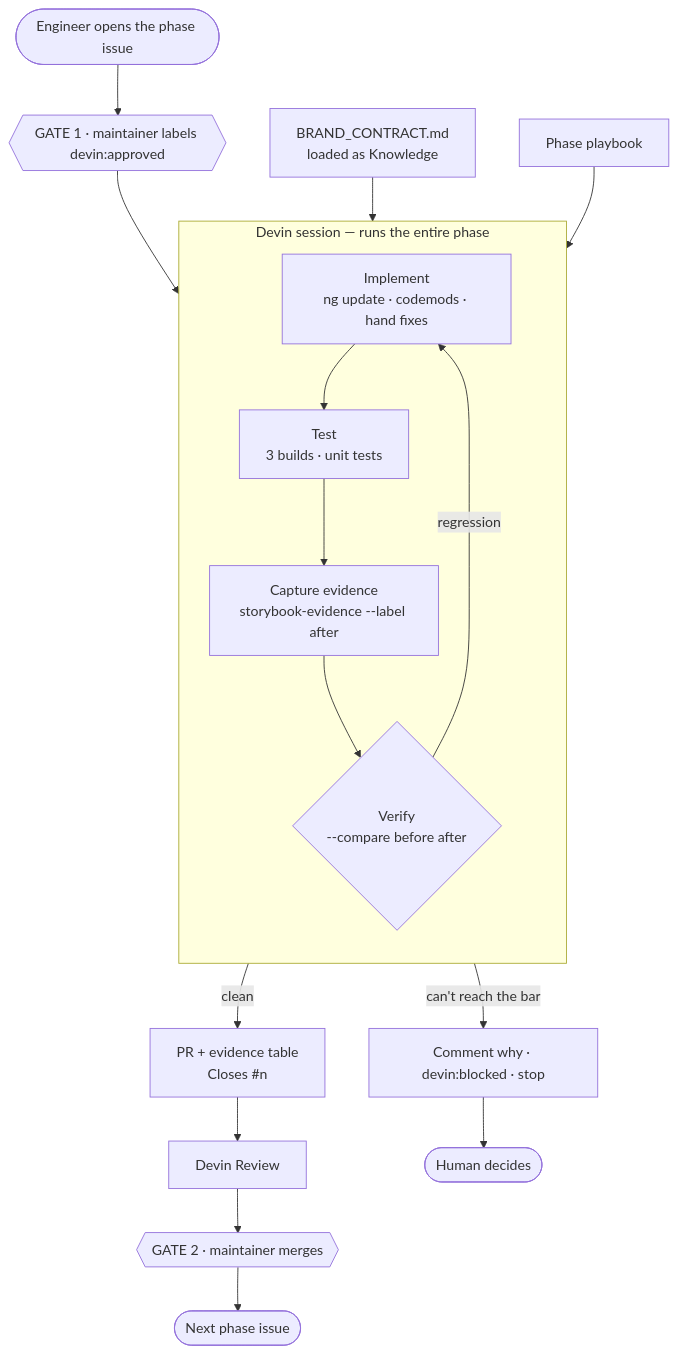
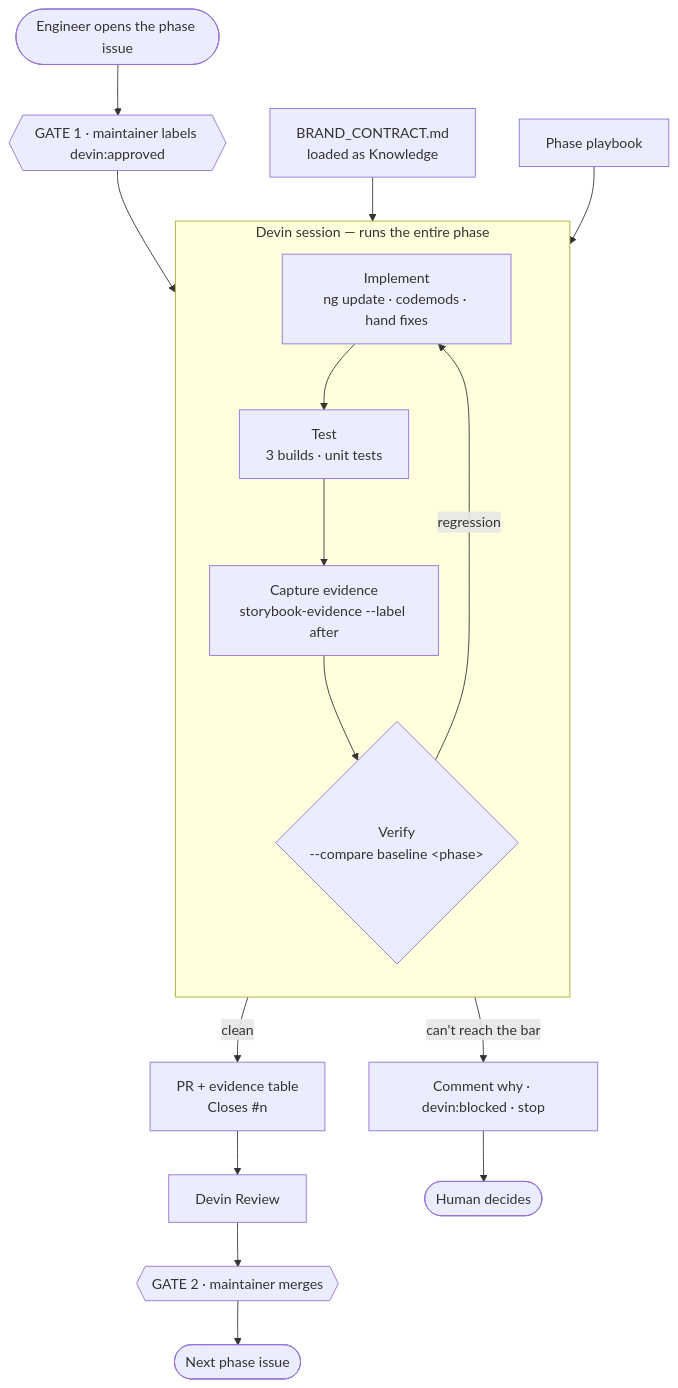
One commit to aarshshah-8/digital_banking_mock changed the first of 2 diagrams in docs/MIGRATION_PLAN.md. Above: the diagram before and after it, drawn with Mermaid. The commit also changed other lines of this file and 28 other files, not shown here.

````diff
--- a/docs/MIGRATION_PLAN.md
+++ b/docs/MIGRATION_PLAN.md
@@ -15,25 +15,25 @@
 ```mermaid
 flowchart TB
     H(["Engineer opens the phase issue"]) --> G1{{"GATE 1 · maintainer labels devin:approved"}}
     G1 --> S
 
     subgraph S["Devin session — runs the entire phase"]
         direction TB
         I["Implement<br/>ng update · codemods · hand fixes"]
         T["Test<br/>3 builds · unit tests"]
         E["Capture evidence<br/>storybook-evidence --label after"]
-        V{"Verify<br/>--compare before after"}
+        V{"Verify<br/>--compare baseline &lt;phase&gt;"}
         I --> T --> E --> V
         V -->|regression| I
     end
 
     BC["BRAND_CONTRACT.md<br/>loaded as Knowledge"] --> S
     PB["Phase playbook"] --> S
 
     V -->|clean| PR["PR + evidence table<br/>Closes #n"]
     V -->|can't reach the bar| BLK["Comment why · devin:blocked · stop"]
 
     PR --> DR["Devin Review"] --> G2{{"GATE 2 · maintainer merges"}}
     BLK --> HU(["Human decides"])
     G2 --> NEXT(["Next phase issue"])
 ```
````
